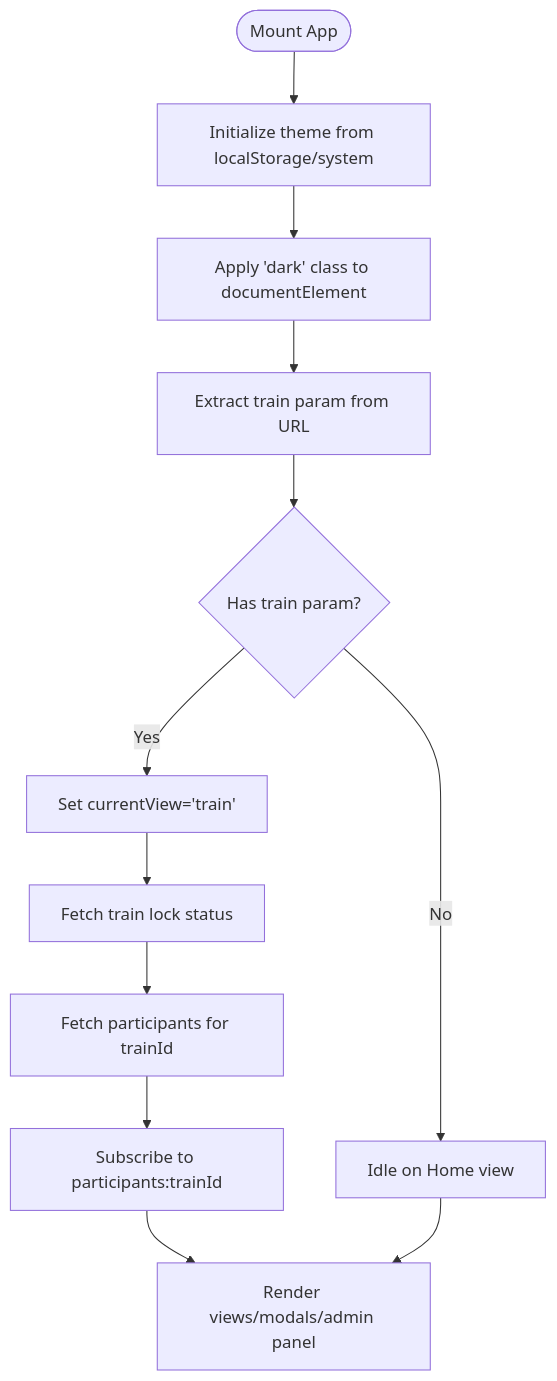
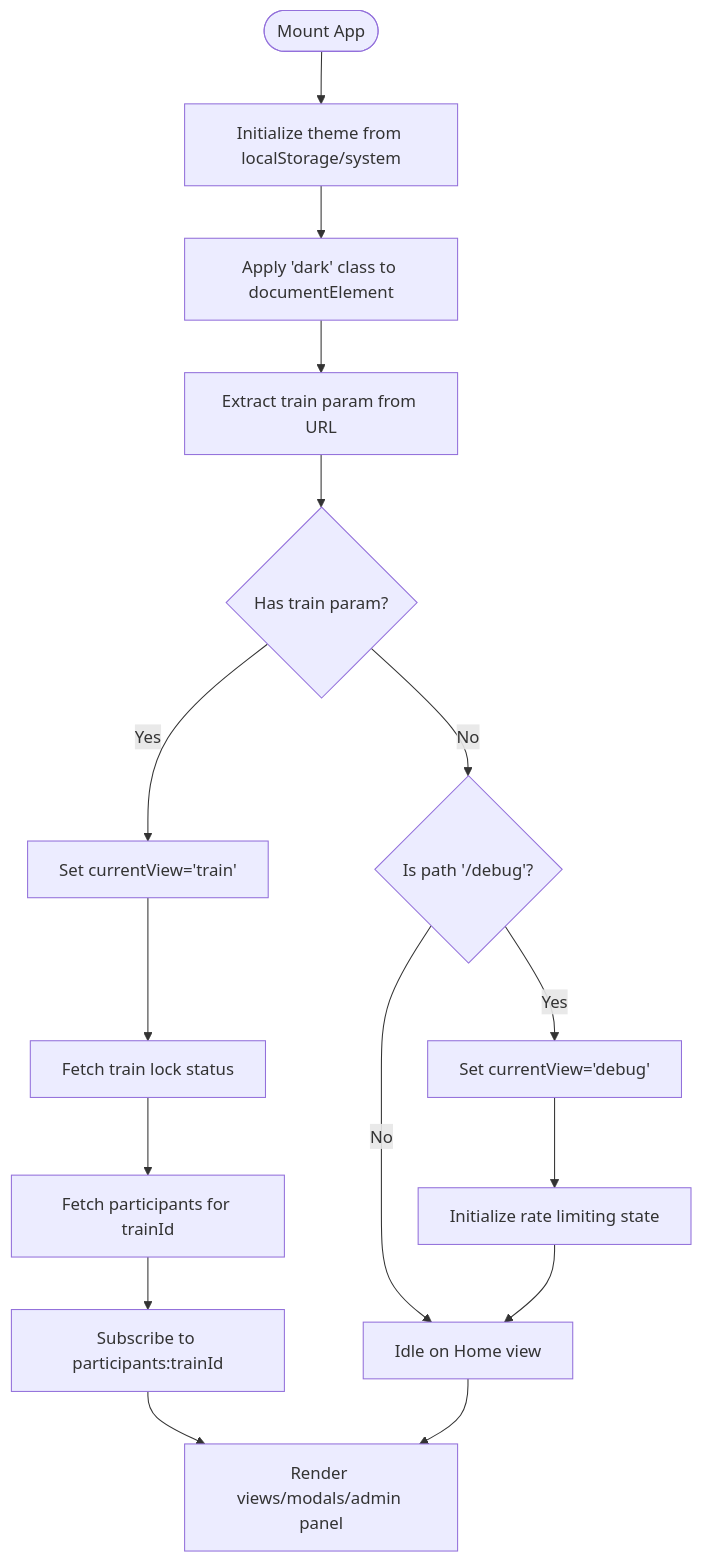
One commit to TheBooleanJulian/followtrain-v2 changed the third of 4 diagrams in .qoder/repowiki/en/content/User Interface & Components.md. Above: the diagram before and after it, drawn with Mermaid. The commit also changed other lines of this file and 202 other files, not shown here.

````diff
--- a/.qoder/repowiki/en/content/User Interface & Components.md
+++ b/.qoder/repowiki/en/content/User Interface & Components.md
@@ -169,14 +207,18 @@
 ```mermaid
 flowchart TD
 Start(["Mount App"]) --> InitTheme["Initialize theme from localStorage/system"]
 InitTheme --> ApplyClass["Apply 'dark' class to documentElement"]
 ApplyClass --> LoadURL["Extract train param from URL"]
 LoadURL --> HasTrain{"Has train param?"}
 HasTrain --> |Yes| SetView["Set currentView='train'"]
-HasTrain --> |No| Idle["Idle on Home view"]
+HasTrain --> |No| CheckDebug{"Is path '/debug'?"}
+CheckDebug --> |Yes| SetDebug["Set currentView='debug'"]
+CheckDebug --> |No| Idle["Idle on Home view"]
+SetDebug --> InitRateLimit["Initialize rate limiting state"]
+InitRateLimit --> Idle
 SetView --> FetchTrainStatus["Fetch train lock status"]
 FetchTrainStatus --> FetchParts["Fetch participants for trainId"]
 FetchParts --> Subscribe["Subscribe to participants:trainId"]
 Subscribe --> Render["Render views/modals/admin panel"]
 Idle --> Render
 ```
````
